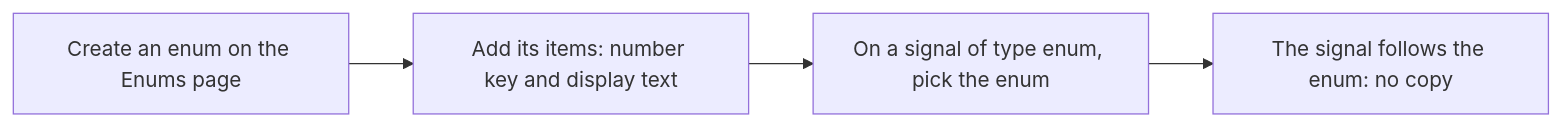
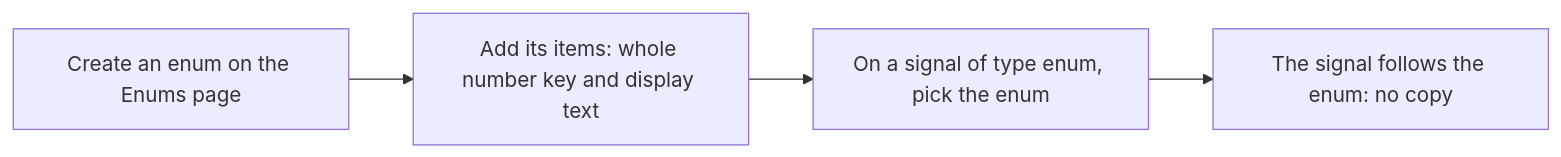
Before and after one commit to AlexandreGallais/synoptic-studio-spec: the second of 2 diagrams in metadata/06-enums.md, drawn with Mermaid. The commit also changed other lines of this file and 10 other files, not shown here.

````diff
--- a/metadata/06-enums.md
+++ b/metadata/06-enums.md
@@ -40,6 +40,6 @@
 ```mermaid
 flowchart LR
-    A["Create an enum on the Enums page"] --> B["Add its items: number key and display text"]
+    A["Create an enum on the Enums page"] --> B["Add its items: whole number key and display text"]
     B --> C["On a signal of type enum, pick the enum"]
     C --> D["The signal follows the enum: no copy"]
 ```
````
